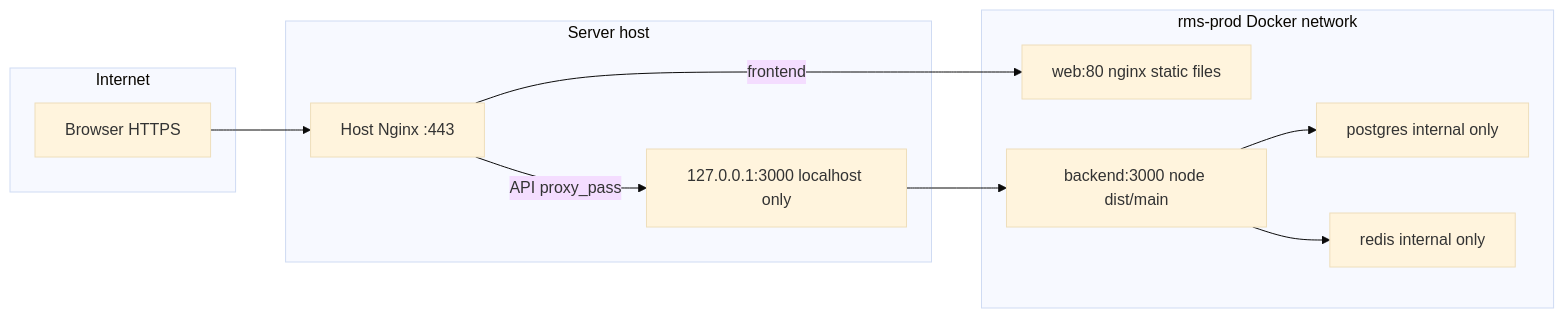
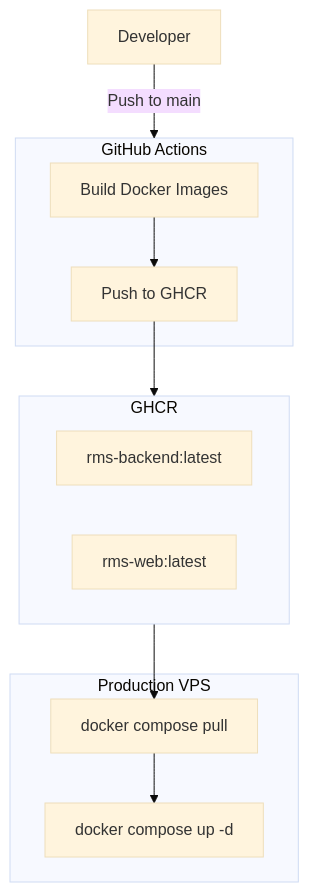
Before and after one commit to NUAM-ENTERPRISES/rms: the diagram in docs/DOCKER_SETUP.md, drawn with Mermaid (base theme). The commit also changed other lines of this file and 4 other files, not shown here.

Commit message:
feat: migrate production deployment to GHCR"

````diff
--- a/docs/DOCKER_SETUP.md
+++ b/docs/DOCKER_SETUP.md
@@ -85,22 +57,20 @@
 ```mermaid
-flowchart LR
-  subgraph internet [Internet]
-    User["Browser HTTPS"]
+flowchart TD
+  Developer -->|Push to main| GitHub
+  subgraph GitHub [GitHub Actions]
+    Build["Build Docker Images"]
+    Push["Push to GHCR"]
   end
-  subgraph host [Server host]
-    HostNginx["Host Nginx :443"]
-    BackendLocal["127.0.0.1:3000 localhost only"]
+  subgraph Registry [GHCR]
+    BackendImage["rms-backend:latest"]
+    WebImage["rms-web:latest"]
   end
-  subgraph rmsProd [rms-prod Docker network]
-    Nginx["web:80 nginx static files"]
-    BackendProd["backend:3000 node dist/main"]
-    PostgresProd["postgres internal only"]
-    RedisProd["redis internal only"]
+  subgraph VPS [Production VPS]
+    Pull["docker compose pull"]
+    Run["docker compose up -d"]
   end
-  User --> HostNginx
-  HostNginx -->|"frontend"| Nginx
-  HostNginx -->|"API proxy_pass"| BackendLocal
-  BackendLocal --> BackendProd
-  BackendProd --> PostgresProd
-  BackendProd --> RedisProd
+  Build --> Push
+  Push --> Registry
+  Registry --> Pull
+  Pull --> Run
 ```
````
